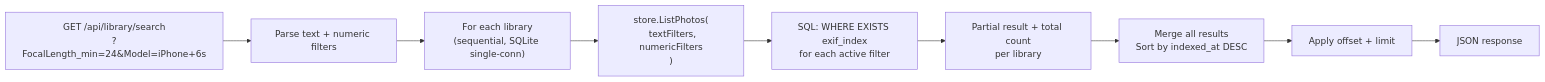
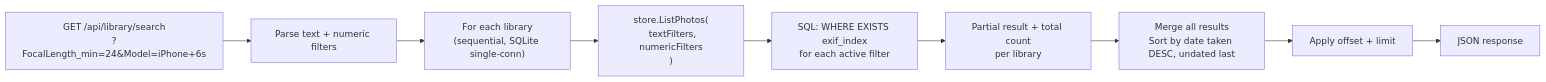
One commit to bjblazko/unterlumen changed the fourth of 5 diagrams in doc/architecture/library-internals.md. Above: the diagram before and after it, drawn with Mermaid. The commit also changed other lines of this file and 19 other files, not shown here.

````diff
--- a/doc/architecture/library-internals.md
+++ b/doc/architecture/library-internals.md
@@ -233,11 +235,11 @@
 ```mermaid
 flowchart LR
     Request["GET /api/library/search\n?FocalLength_min=24&Model=iPhone+6s"] --> Parse["Parse text + numeric filters"]
     Parse --> ForEach["For each library\n(sequential, SQLite single-conn)"]
     ForEach --> Query["store.ListPhotos(\n  textFilters, numericFilters\n)"]
     Query --> SQL["SQL: WHERE EXISTS exif_index\nfor each active filter"]
     SQL --> Partial["Partial result + total count\nper library"]
-    Partial --> Merge["Merge all results\nSort by indexed_at DESC"]
+    Partial --> Merge["Merge all results\nSort by date taken DESC, undated last"]
     Merge --> Page["Apply offset + limit"]
     Page --> Response["JSON response"]
 ```
````
